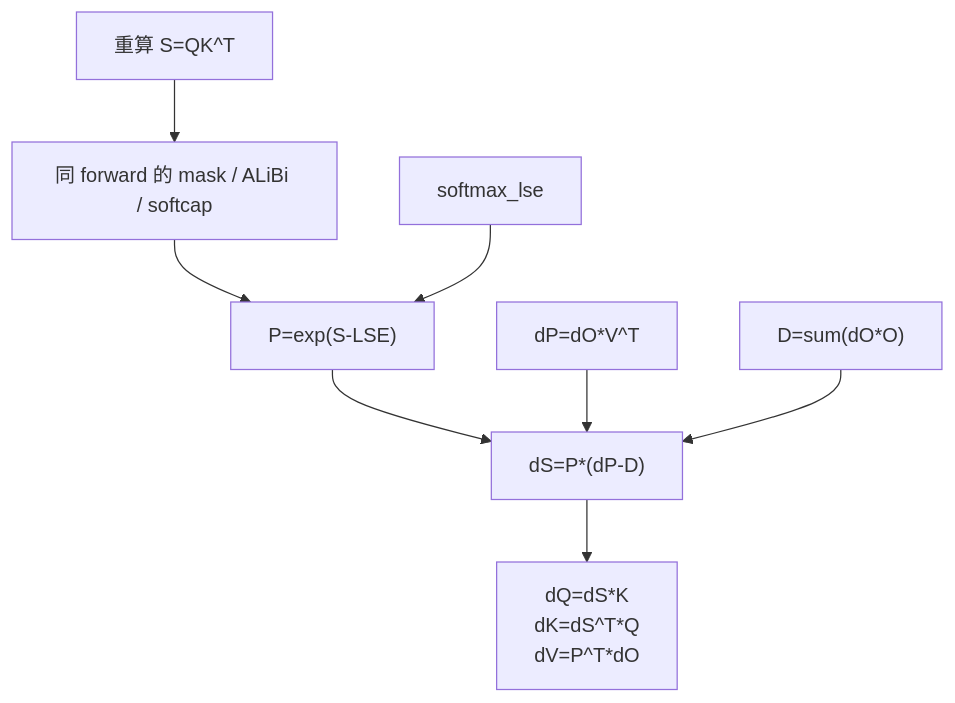
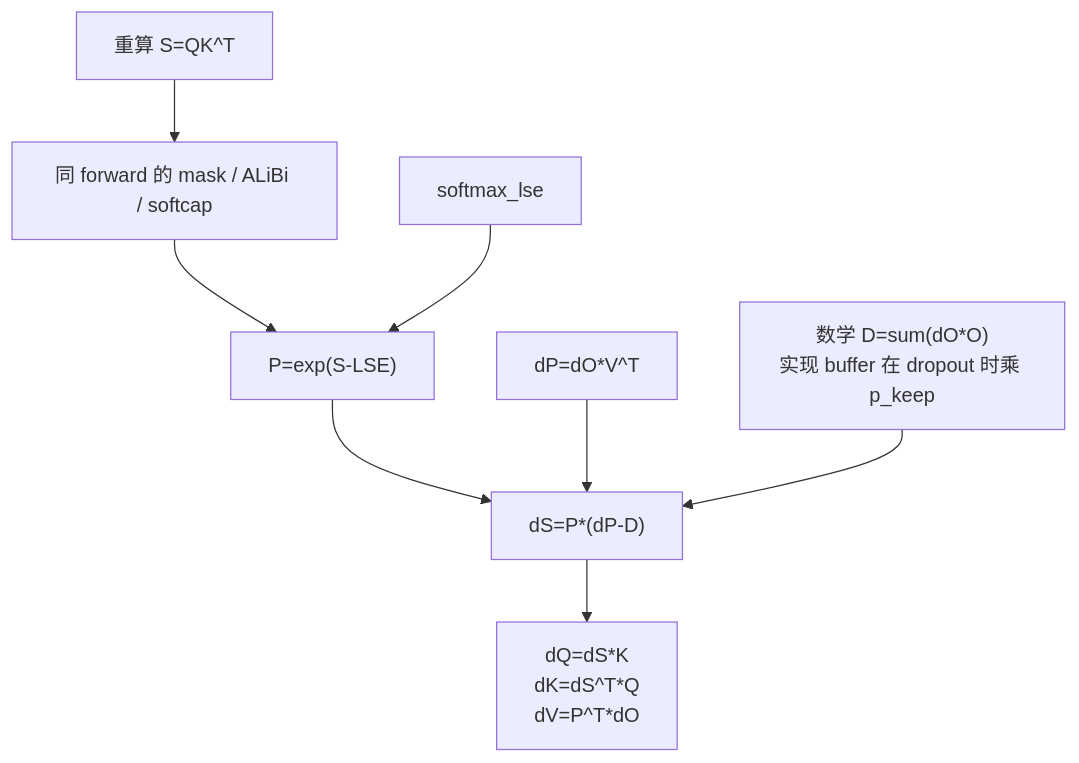
One commit to OnlyHero5/sglang-reading-vault changed the diagram in flash-attn_reading/CUDA内核/Backward/FlashAttention-Backward-核心概念.md. Above: the diagram before and after it, drawn with Mermaid. The commit also changed other lines of this file and 512 other files, not shown here.

````diff
--- a/flash-attn_reading/CUDA内核/Backward/FlashAttention-Backward-核心概念.md
+++ b/flash-attn_reading/CUDA内核/Backward/FlashAttention-Backward-核心概念.md
@@ -39,17 +39,17 @@
 ```mermaid
 flowchart TB
     S["重算 S=QK^T"]
     M["同 forward 的 mask / ALiBi / softcap"]
     L["softmax_lse"]
     P["P=exp(S-LSE)"]
-    D["D=sum(dO*O)"]
+    D["数学 D=sum(dO*O)<br/>实现 buffer 在 dropout 时乘 p_keep"]
     DP["dP=dO*V^T"]
     DS["dS=P*(dP-D)"]
     G["dQ=dS*K<br/>dK=dS^T*Q<br/>dV=P^T*dO"]
     S --> M --> P
     L --> P
     P --> DS
     DP --> DS
     D --> DS
     DS --> G
 ```
````
